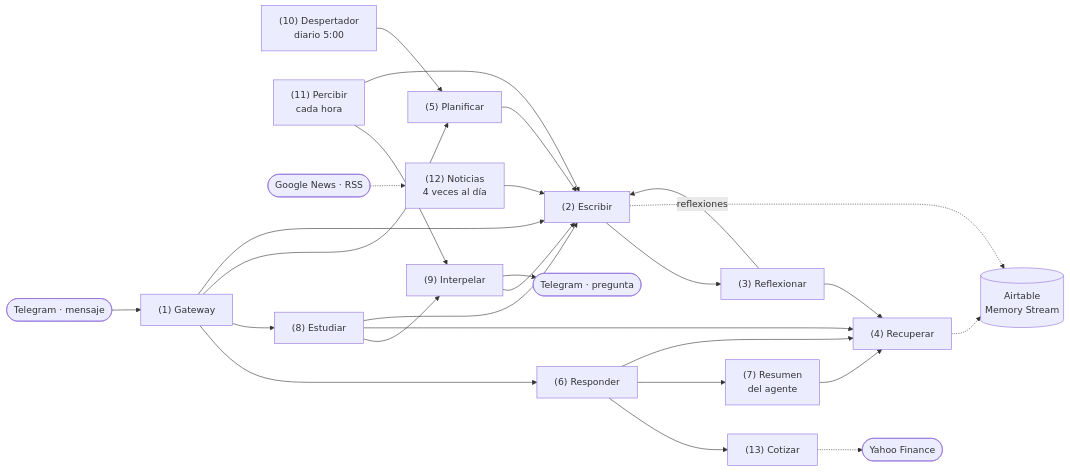
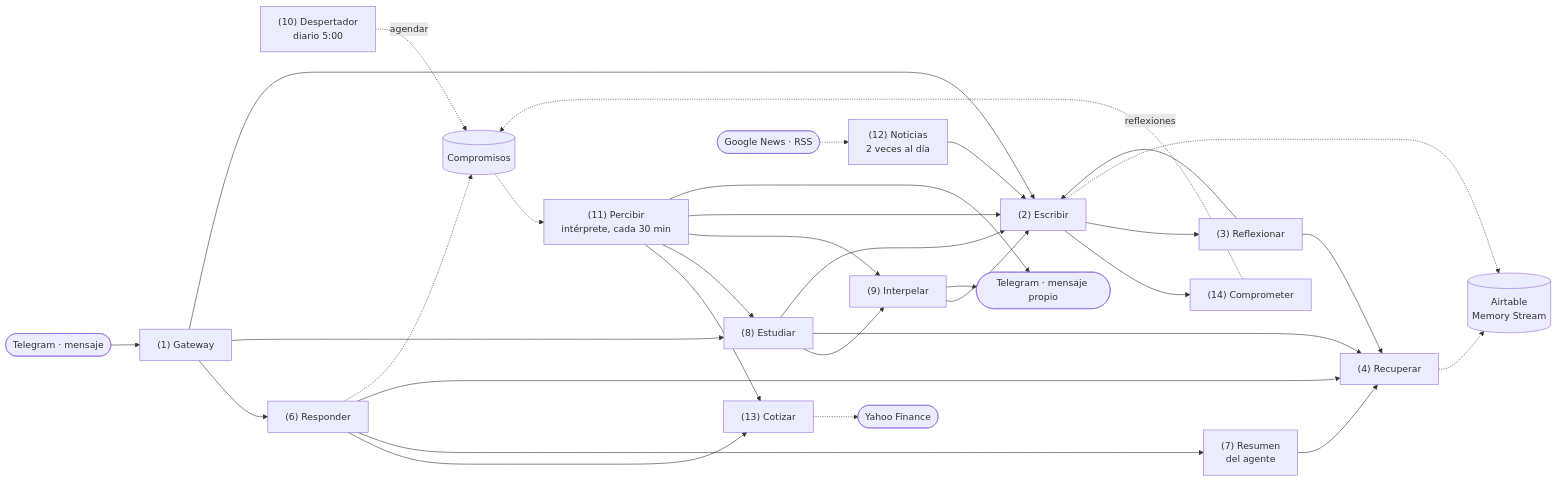
The diagram in DOCUMENTACION.md (aguscort/generative-agent), drawn with Mermaid before and after one commit. The commit also changed other lines of this file and 1 other file, not shown here.

````diff
--- a/DOCUMENTACION.md
+++ b/DOCUMENTACION.md
@@ -41,29 +46,34 @@
 ```mermaid
 flowchart LR
     TG([Telegram · mensaje]) --> GW["(1) Gateway"]
-    DSP["(10) Despertador<br/>diario 5:00"] --> PL
-    PER["(11) Percibir<br/>cada hora"] --> INT
+    DSP["(10) Despertador<br/>diario 5:00"] -. agendar .-> CS
+    CS[("Compromisos")] -.-> PER["(11) Percibir<br/>intérprete, cada 30 min"]
+    PER --> COT
+    PER --> EST
+    PER --> INT
     PER --> ESC
+    PER --> TGO
     GW --> RS["(6) Responder"]
     RS --> COT["(13) Cotizar"]
     COT -.-> YF([Yahoo Finance])
-    NOT["(12) Noticias<br/>4 veces al día"] --> ESC
+    NOT["(12) Noticias<br/>2 veces al día"] --> ESC
     RSS([Google News · RSS]) -.-> NOT
     GW --> EST["(8) Estudiar"]
-    GW --> PL["(5) Planificar"]
     GW --> ESC
     RS --> RES["(7) Resumen<br/>del agente"]
     RS --> REC
+    RS -.-> CS
     RES --> REC
     EST --> INT["(9) Interpelar"]
     EST --> REC
     EST --> ESC
     INT --> ESC
-    INT --> TGO([Telegram · pregunta])
-    PL --> ESC["(2) Escribir"]
+    INT --> TGO([Telegram · mensaje propio])
+    ESC["(2) Escribir"] --> CMP["(14) Comprometer"]
+    CMP -.-> CS
     ESC --> REF["(3) Reflexionar"]
     REF --> REC["(4) Recuperar"]
     REF -- reflexiones --> ESC
     ESC -.-> AT[(Airtable<br/>Memory Stream)]
     REC -.-> AT
 ```
````
